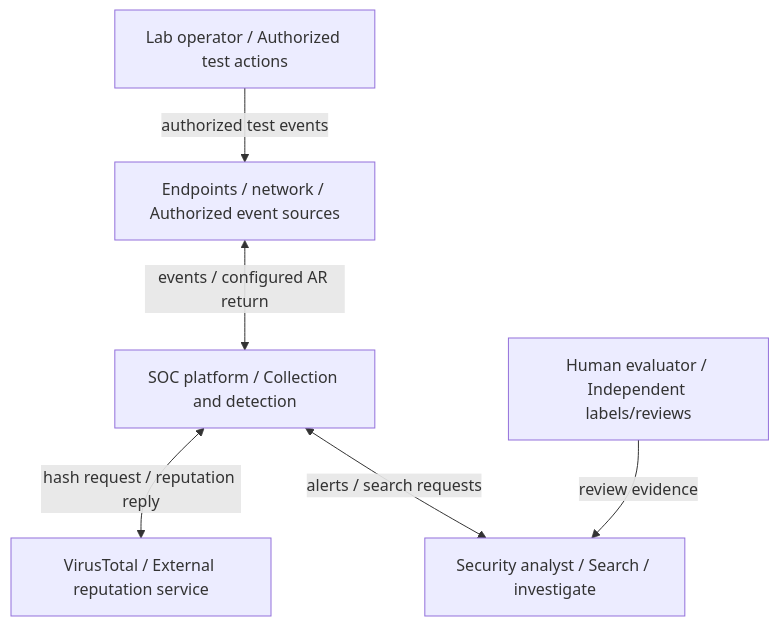
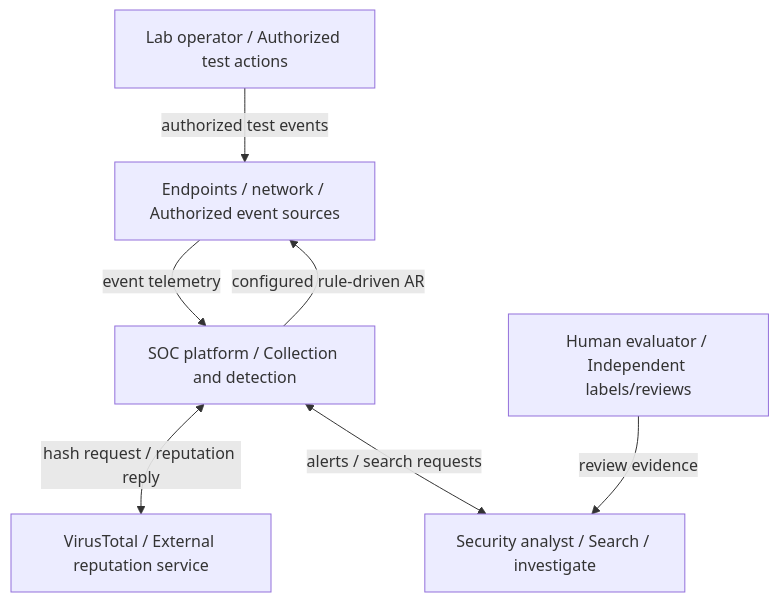
The diagram in docs/thesis/figures/fig03_context.mmd (MoTechSys/my-bro), drawn with Mermaid before and after one commit. The commit also changed 15 other files, not shown here.

```diff
--- a/docs/thesis/figures/fig03_context.mmd
+++ b/docs/thesis/figures/fig03_context.mmd
@@ -1,12 +1,13 @@
 flowchart TB
     endpoints["Endpoints / network / Authorized event sources"]
     soc["SOC platform / Collection and detection"]
     vt["VirusTotal / External reputation service"]
     analyst["Security analyst / Search / investigate"]
     operator["Lab operator / Authorized test actions"]
     reviewer["Human evaluator / Independent labels/reviews"]
-    endpoints <-->|"events / configured AR return"| soc
+    endpoints -->|"event telemetry"| soc
     soc <-->|"hash request / reputation reply"| vt
     soc <-->|"alerts / search requests"| analyst
     operator -->|"authorized test events"| endpoints
     reviewer -->|"review evidence"| analyst
+    soc -->|"configured rule-driven AR"| endpoints
```
